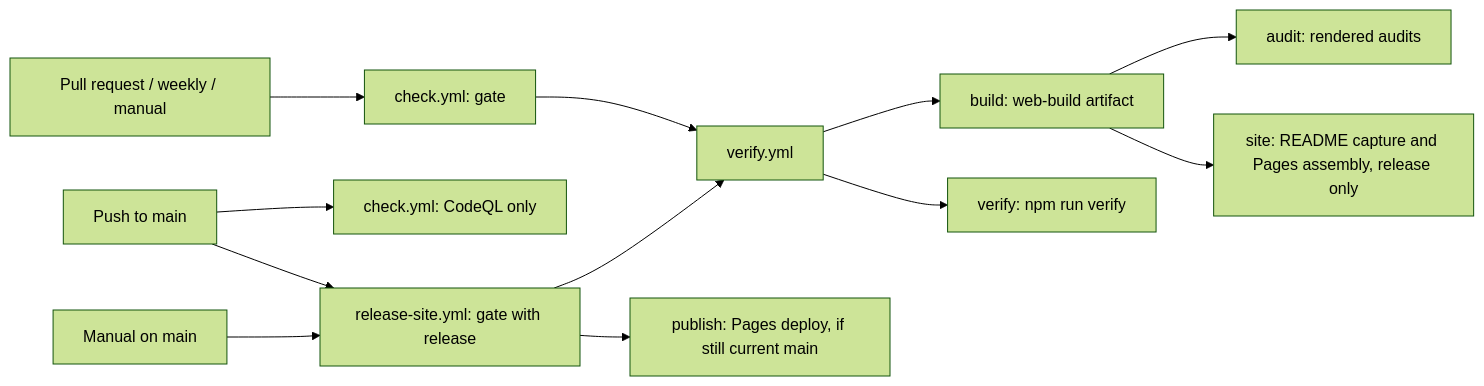
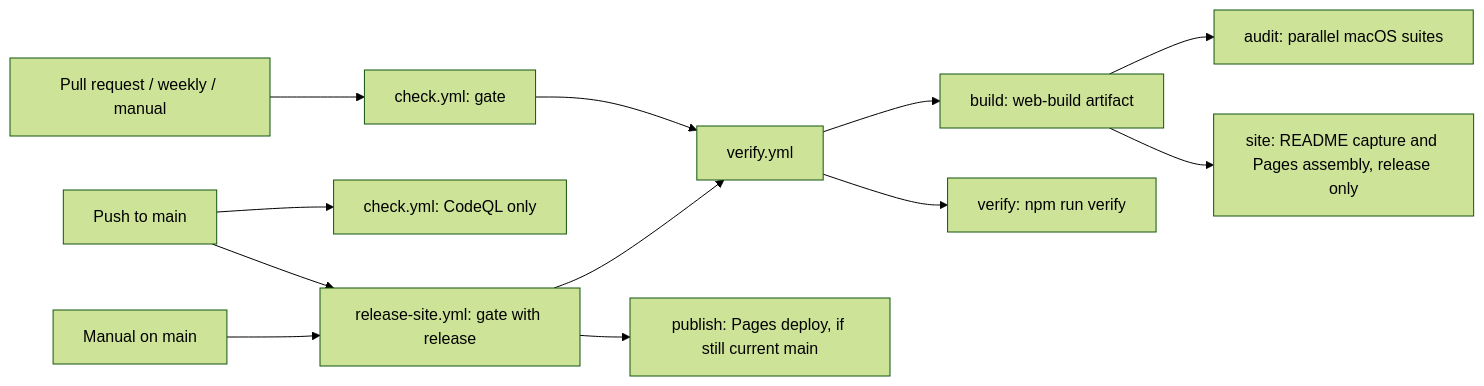
The diagram in docs/operations/github-actions.md (AlbiDR/FolioDash), drawn with Mermaid (forest theme) before and after one commit. The commit also changed other lines of this file and 5 other files, not shown here.

Commit message:
ci: parallelize rendered release audits

````diff
--- a/docs/operations/github-actions.md
+++ b/docs/operations/github-actions.md
@@ -24,14 +24,14 @@
 ```mermaid
 flowchart LR
     pr[Pull request / weekly / manual] --> check[check.yml: gate]
     push[Push to main] --> codeql[check.yml: CodeQL only]
     push --> release[release-site.yml: gate with release]
     manual[Manual on main] --> release
     check --> gate[verify.yml]
     release --> gate
     gate --> build[build: web-build artifact]
-    build --> audit[audit: rendered audits]
+    build --> audit[audit: parallel macOS suites]
     build --> site[site: README capture and Pages assembly, release only]
     gate --> verify[verify: npm run verify]
     release --> publish[publish: Pages deploy, if still current main]
 ```
````
